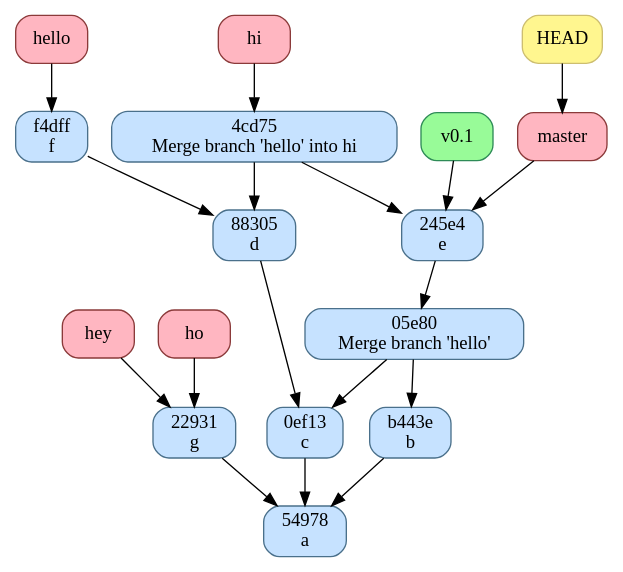
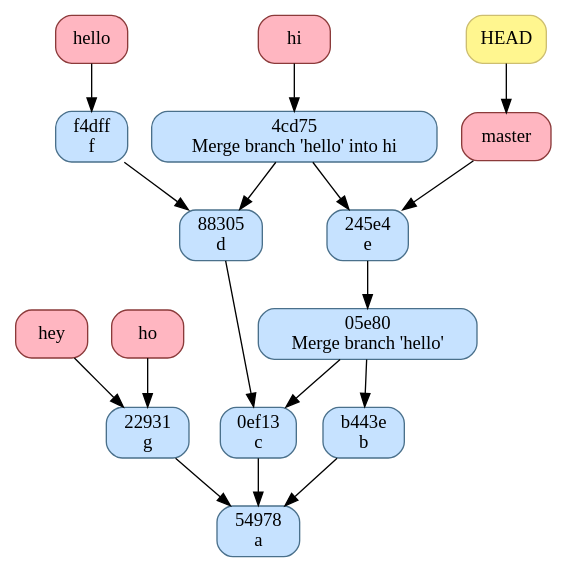
Before and after one commit to jadinm/git-tutorial: the diagram in source/figures/graph.dot, drawn with Graphviz. The commit also changed 61 other files, not shown here.

```diff
--- a/source/figures/graph.dot
+++ b/source/figures/graph.dot
@@ -1,35 +1,33 @@
 digraph "git history" {
   "master" [shape="box",style="rounded,filled",color="indianred4", fillcolor="lightpink", label="master"];
   "master" -> "245e4";
   "hello" [shape="box",style="rounded,filled",color="indianred4", fillcolor="lightpink", label="hello"];
   "hello" -> "f4dff";
   "hey" [shape="box",style="rounded,filled",color="indianred4", fillcolor="lightpink", label="hey"];
   "hey" -> "22931";
   "hi" [shape="box",style="rounded,filled",color="indianred4", fillcolor="lightpink", label="hi"];
   "hi" -> "4cd75";
   "ho" [shape="box",style="rounded,filled",color="indianred4", fillcolor="lightpink", label="ho"];
   "ho" -> "22931";
-  "v0.1" [shape="box",style="rounded,filled",color="seagreen", fillcolor="palegreen", label="v0.1"];
-  "v0.1" -> "245e4";
   "HEAD" [shape="box",style="rounded,filled",color="lightgoldenrod3", fillcolor="khaki1", label="HEAD"];
   "HEAD" -> "master";
   "22931" [shape="box",style="rounded,filled",color="skyblue4", fillcolor="slategray1", label="22931\ng"];
   "22931" -> "54978";
   "f4dff" [shape="box",style="rounded,filled",color="skyblue4", fillcolor="slategray1", label="f4dff\nf"];
   "f4dff" -> "88305";
   "4cd75" [shape="box",style="rounded,filled",color="skyblue4", fillcolor="slategray1", label="4cd75\nMerge branch 'hello' into hi"];
   "4cd75" -> "245e4";
   "4cd75" -> "88305";
   "245e4" [shape="box",style="rounded,filled",color="skyblue4", fillcolor="slategray1", label="245e4\ne"];
   "245e4" -> "05e80";
   "88305" [shape="box",style="rounded,filled",color="skyblue4", fillcolor="slategray1", label="88305\nd"];
   "88305" -> "0ef13";
   "05e80" [shape="box",style="rounded,filled",color="skyblue4", fillcolor="slategray1", label="05e80\nMerge branch 'hello'"];
   "05e80" -> "b443e";
   "05e80" -> "0ef13";
   "0ef13" [shape="box",style="rounded,filled",color="skyblue4", fillcolor="slategray1", label="0ef13\nc"];
   "0ef13" -> "54978";
   "b443e" [shape="box",style="rounded,filled",color="skyblue4", fillcolor="slategray1", label="b443e\nb"];
   "b443e" -> "54978";
   "54978" [shape="box",style="rounded,filled",color="skyblue4", fillcolor="slategray1", label="54978\na"];
 }
```
